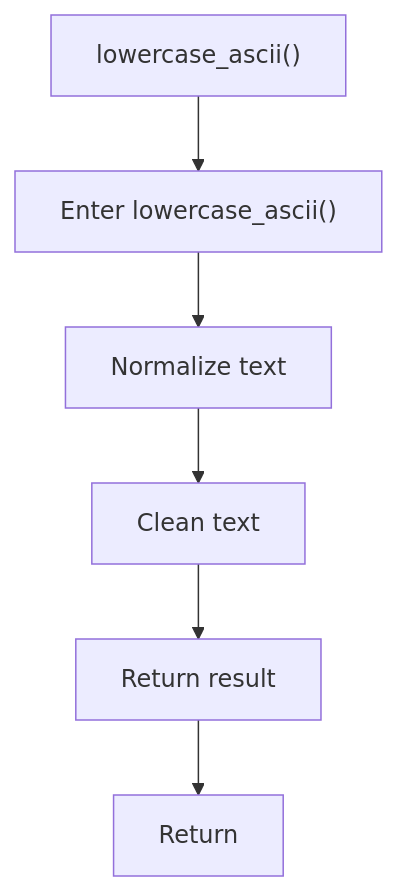
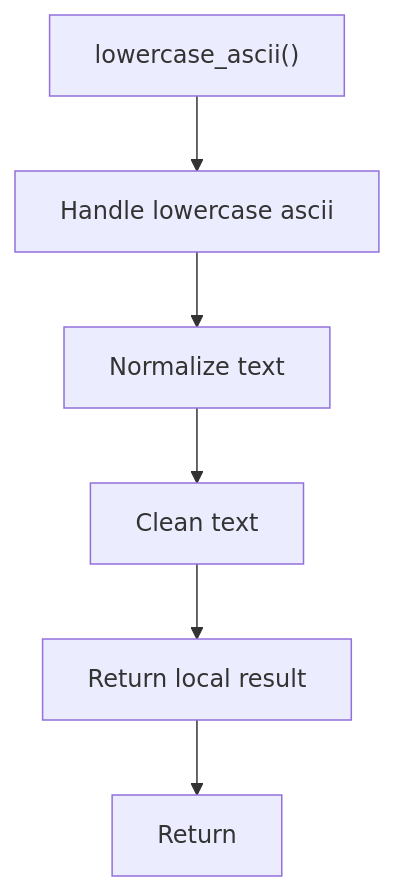
One commit to JohnAndrewBalbarosa/NeoTerritory changed the fifth of 5 diagrams in docs/Codebase/Microservice/Modules/Source/Analysis/Lexical/language_tokens.cpp.md. Above: the diagram before and after it, drawn with Mermaid. The commit also changed other lines of this file and 915 other files, not shown here.

````diff
--- a/docs/Codebase/Microservice/Modules/Source/Analysis/Lexical/language_tokens.cpp.md
+++ b/docs/Codebase/Microservice/Modules/Source/Analysis/Lexical/language_tokens.cpp.md
@@ -149,14 +148,14 @@
 ```mermaid
 flowchart TD
     Start["lowercase_ascii()"]
-    N0["Enter lowercase_ascii()"]
+    N0["Handle lowercase ascii"]
     N1["Normalize text"]
     N2["Clean text"]
-    N3["Return result"]
+    N3["Return local result"]
     End["Return"]
     Start --> N0
     N0 --> N1
     N1 --> N2
     N2 --> N3
     N3 --> End
 ```
````
